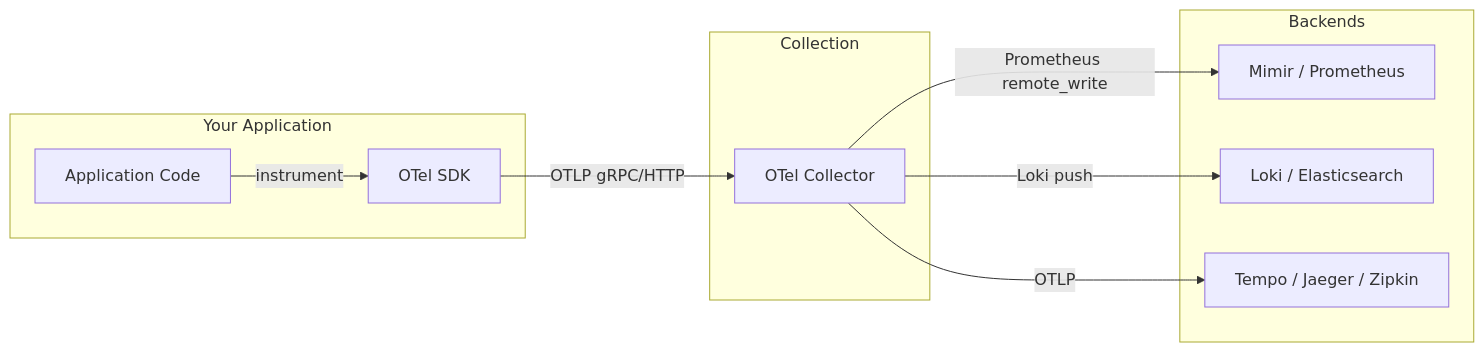
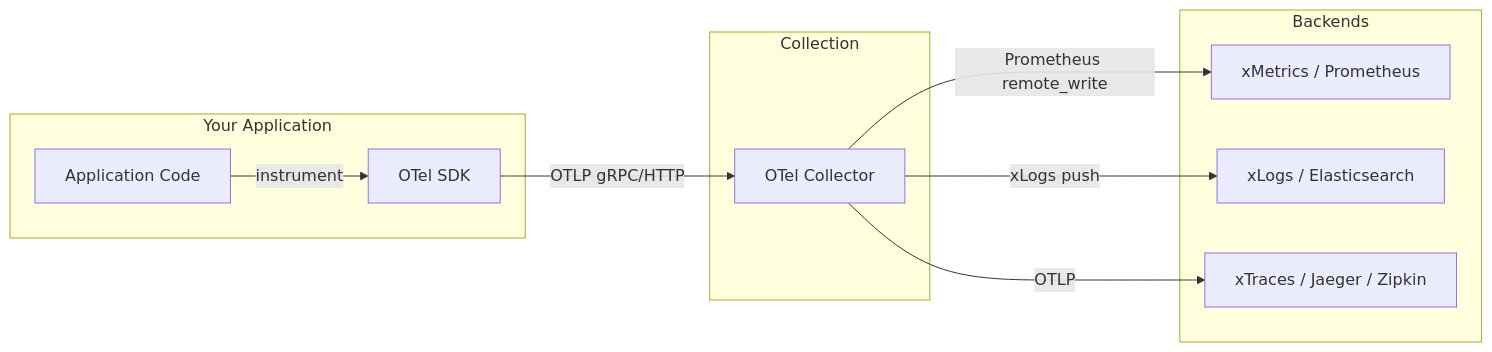
Before and after one commit to xscaler/training: the first of 2 diagrams in docs/session-2/otel-overview.md, drawn with Mermaid. The commit also changed other lines of this file and 29 other files, not shown here.

````diff
--- a/docs/session-2/otel-overview.md
+++ b/docs/session-2/otel-overview.md
@@ -16,21 +16,21 @@
 ```mermaid
 graph LR
     subgraph "Your Application"
         APP[Application Code]
         SDK[OTel SDK]
     end
     subgraph "Collection"
         COL[OTel Collector]
     end
     subgraph "Backends"
-        MI[Mimir / Prometheus]
-        LO[Loki / Elasticsearch]
-        TE[Tempo / Jaeger / Zipkin]
+        MI[xMetrics / Prometheus]
+        LO[xLogs / Elasticsearch]
+        TE[xTraces / Jaeger / Zipkin]
     end
 
     APP -->|instrument| SDK
     SDK -->|OTLP gRPC/HTTP| COL
     COL -->|Prometheus remote_write| MI
-    COL -->|Loki push| LO
+    COL -->|xLogs push| LO
     COL -->|OTLP| TE
 ```
````
